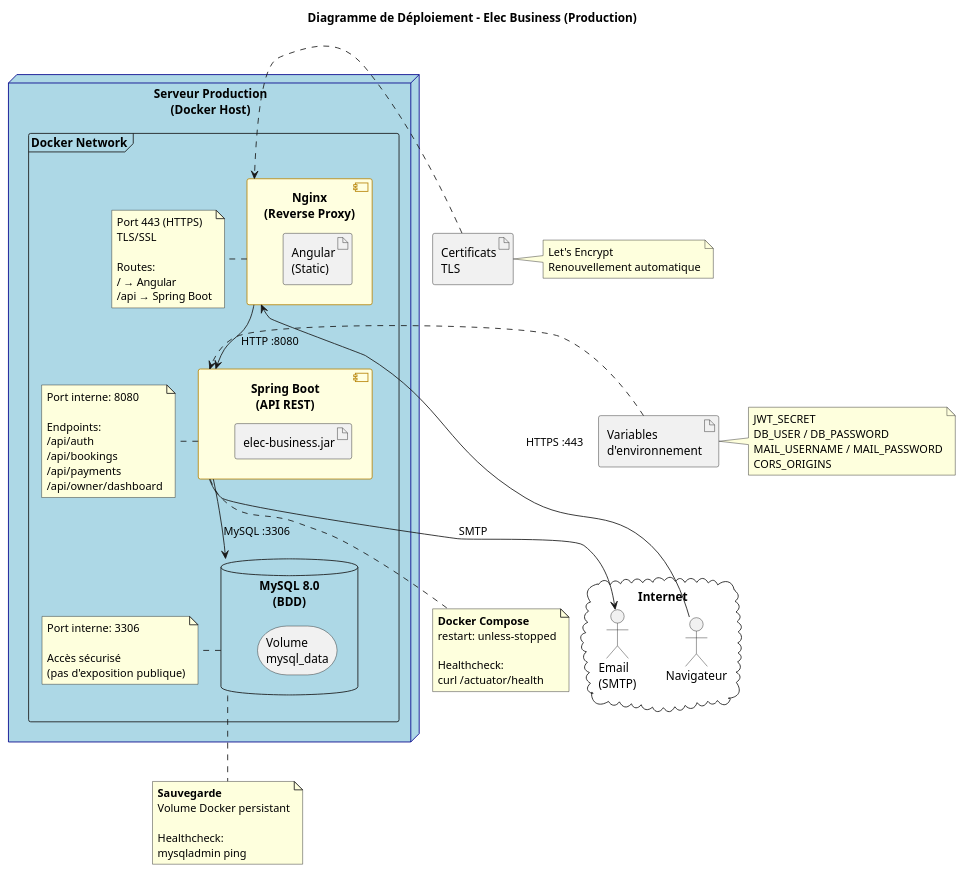
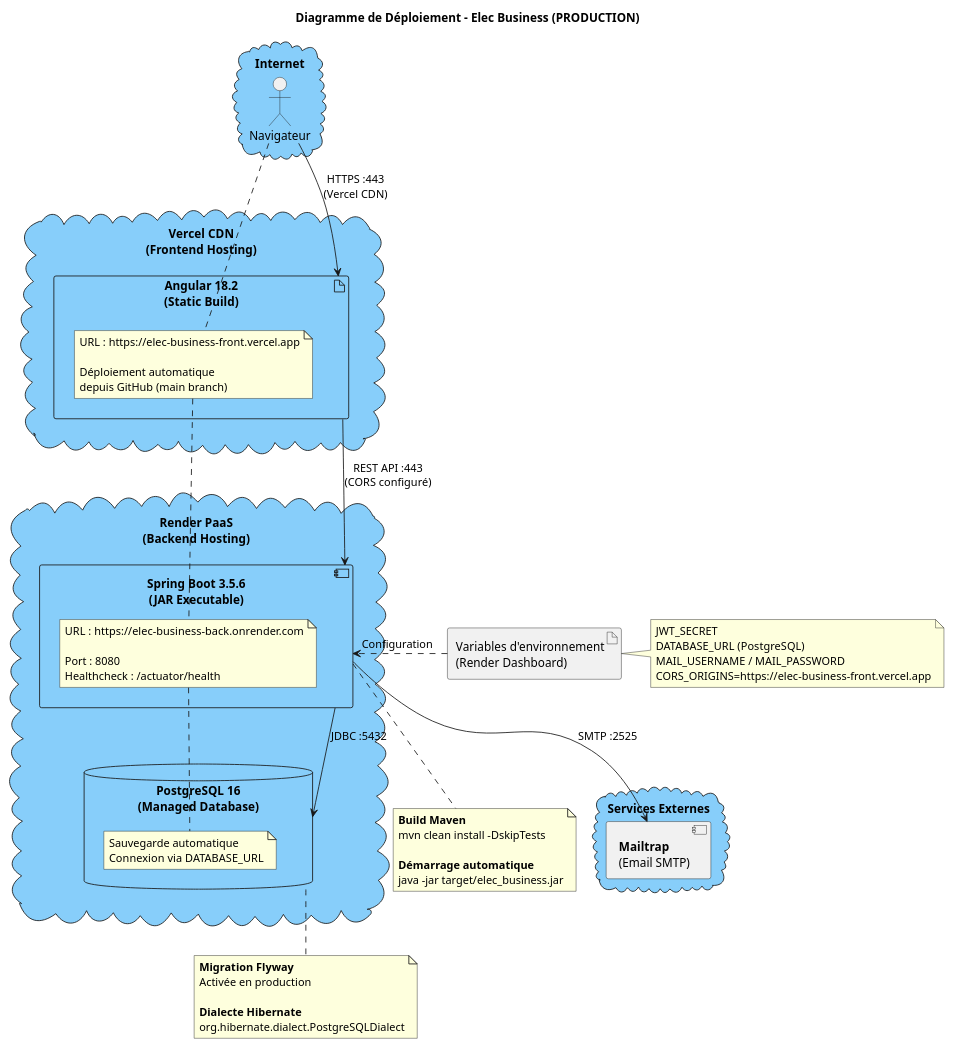
Before and after one commit to Malak-louki/elec_business: the diagram in diagrams/deployment_diagram.puml, drawn with PlantUML. The commit also changed 3 other files, not shown here.

Commit message:
fix class diagram -> added : relation between user and address, addes charginpowerKin charching station and fix deployment diagram added vercel, render, postgreSQL

```diff
--- a/diagrams/deployment_diagram.puml
+++ b/diagrams/deployment_diagram.puml
@@ -1,120 +1,99 @@
-@startuml deployment_diagram
+@startuml deployment_diagram_production
 
-title Diagramme de Déploiement - Elec Business (Production)
+title Diagramme de Déploiement - Elec Business (PRODUCTION)
 
-skinparam node {
-    BackgroundColor LightBlue
-    BorderColor DarkBlue
-}
-
-skinparam component {
-    BackgroundColor LightYellow
-    BorderColor DarkGoldenRod
+skinparam cloud {
+    BackgroundColor LightSkyBlue
 }
 
 ' ==============================================
 ' INTERNET
 ' ==============================================
 cloud "Internet" {
     actor "Navigateur" as Browser
-    actor "Email\n(SMTP)" as SMTP
 }
 
 ' ==============================================
-' SERVEUR PRODUCTION
+' VERCEL CDN
 ' ==============================================
-node "**Serveur Production**\n(Docker Host)" {
-    
-    frame "Docker Network" {
-        
-        ' NGINX
-        component "**Nginx**\n(Reverse Proxy)" as Nginx {
-            artifact "Angular\n(Static)" as Angular
-        }
-        
-        note right of Nginx
-          Port 443 (HTTPS)
-          TLS/SSL
-          
-          Routes:
-          / → Angular
-          /api → Spring Boot
-        end note
-        
-        ' SPRING BOOT
-        component "**Spring Boot**\n(API REST)" as SpringBoot {
-            artifact "elec-business.jar" as Jar
-        }
-        
-        note right of SpringBoot
-          Port interne: 8080
-          
-          Endpoints:
-          /api/auth
-          /api/bookings
-          /api/payments
-          /api/owner/dashboard
-        end note
-        
-        ' MYSQL
-        database "**MySQL 8.0**\n(BDD)" as MySQL {
-            storage "Volume\nmysql_data" as Volume
-        }
-        
-        note right of MySQL
-          Port interne: 3306
-          
-          Accès sécurisé
-          (pas d'exposition publique)
+cloud "**Vercel CDN**\n(Frontend Hosting)" {
+    artifact "**Angular 18.2**\n(Static Build)" as Angular {
+        note right
+          URL : https://elec-business-front.vercel.app
+
+          Déploiement automatique
+          depuis GitHub (main branch)
         end note
     }
 }
 
 ' ==============================================
-' CONFIGURATION
+' RENDER PAAS
 ' ==============================================
-artifact "Variables\nd'environnement" as EnvVars
-artifact "Certificats\nTLS" as TLS
+cloud "**Render PaaS**\n(Backend Hosting)" {
+    component "**Spring Boot 3.5.6**\n(JAR Executable)" as SpringBoot {
+        note right
+          URL : https://elec-business-back.onrender.com
 
-note right of EnvVars
-  JWT_SECRET
-  DB_USER / DB_PASSWORD
-  MAIL_USERNAME / MAIL_PASSWORD
-  CORS_ORIGINS
-end note
+          Port : 8080
+          Healthcheck : /actuator/health
+        end note
+    }
 
-note right of TLS
-  Let's Encrypt
-  Renouvellement automatique
-end note
+    database "**PostgreSQL 16**\n(Managed Database)" as PostgreSQL {
+        note right
+          Sauvegarde automatique
+          Connexion via DATABASE_URL
+        end note
+    }
+}
+
+' ==============================================
+' SERVICES EXTERNES
+' ==============================================
+cloud "Services Externes" {
+    component "**Mailtrap**\n(Email SMTP)" as SMTP
+}
 
 ' ==============================================
 ' FLUX
 ' ==============================================
-Browser --> Nginx : HTTPS :443
-Nginx --> SpringBoot : HTTP :8080
-SpringBoot --> MySQL : MySQL :3306
-SpringBoot --> SMTP : SMTP
-EnvVars .> SpringBoot
-TLS .> Nginx
+Browser --> Angular : HTTPS :443\n(Vercel CDN)
+Angular --> SpringBoot : REST API :443\n(CORS configuré)
+SpringBoot --> PostgreSQL : JDBC :5432
+SpringBoot --> SMTP : SMTP :2525
+
+' ==============================================
+' CONFIGURATION
+' ==============================================
+artifact "Variables d'environnement\n(Render Dashboard)" as EnvVars
+
+note right of EnvVars
+  JWT_SECRET
+  DATABASE_URL (PostgreSQL)
+  MAIL_USERNAME / MAIL_PASSWORD
+  CORS_ORIGINS=https://elec-business-front.vercel.app
+end note
+
+EnvVars .> SpringBoot : Configuration
 
 ' ==============================================
 ' NOTES TECHNIQUES
 ' ==============================================
 note bottom of SpringBoot
-  **Docker Compose**
-  restart: unless-stopped
-  
-  Healthcheck:
-  curl /actuator/health
+  **Build Maven**
+  mvn clean install -DskipTests
+
+  **Démarrage automatique**
+  java -jar target/elec_business.jar
 end note
 
-note bottom of MySQL
-  **Sauvegarde**
-  Volume Docker persistant
-  
-  Healthcheck:
-  mysqladmin ping
+note bottom of PostgreSQL
+  **Migration Flyway**
+  Activée en production
+
+  **Dialecte Hibernate**
+  org.hibernate.dialect.PostgreSQLDialect
 end note
 
 @enduml
```
